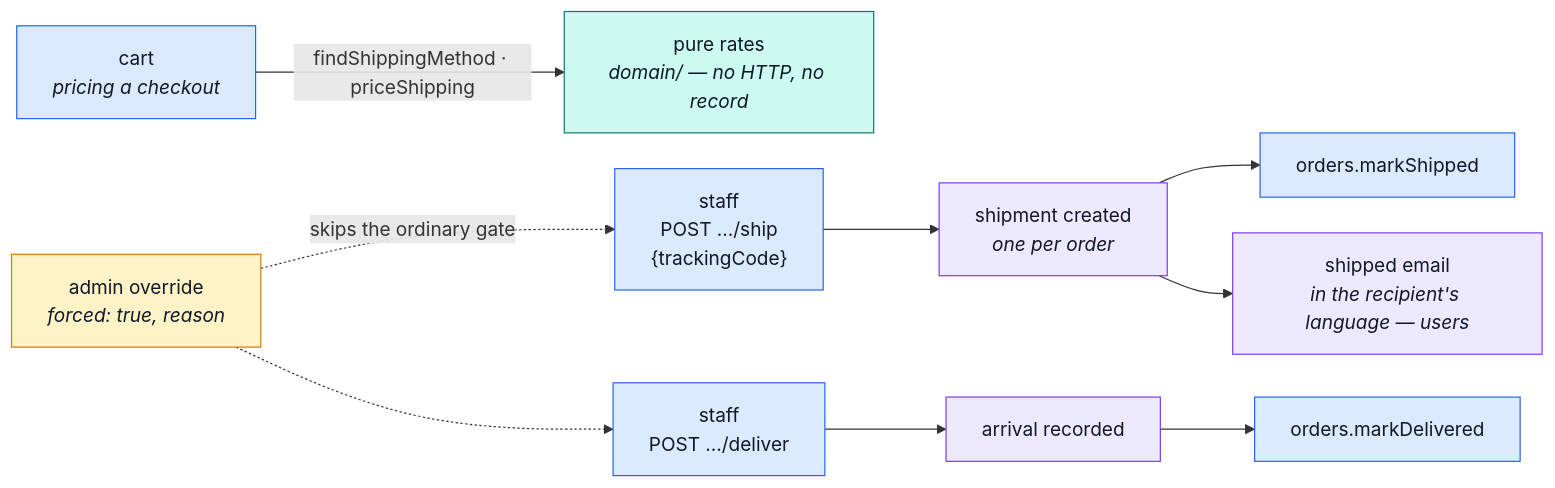
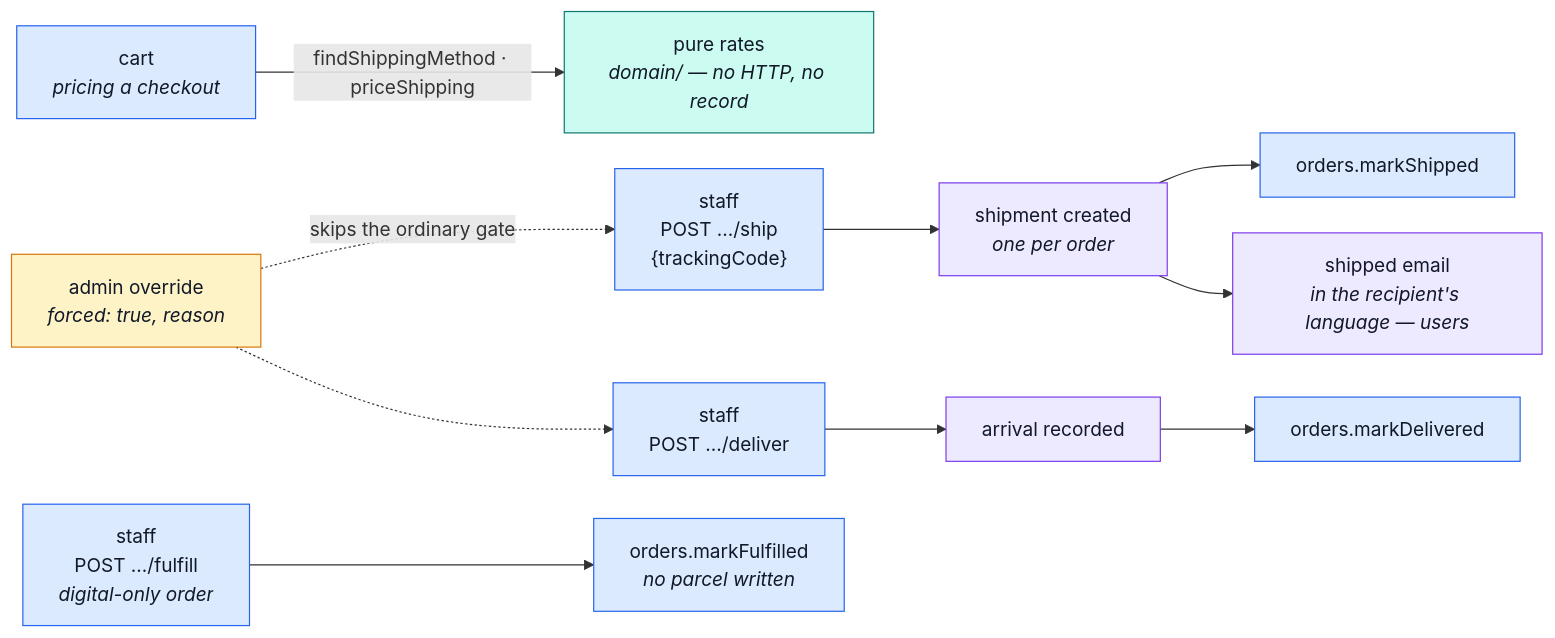
The second of 2 diagrams in docs/modules/delivery.md (Guebbit/boilerplate-node-backend), drawn with Mermaid before and after one commit. The commit also changed other lines of this file and 27 other files, not shown here.

First line of the commit message:
feat(orders,delivery): let staff mark a digital-only order fulfilled

````diff
--- a/docs/modules/delivery.md
+++ b/docs/modules/delivery.md
@@ -77,21 +77,22 @@
 ```mermaid
 %%{init: {'flowchart': {'nodeSpacing': 30, 'rankSpacing': 55}}}%%
 flowchart LR
     CA["cart<br/><i>pricing a checkout</i>"] -->|"findShippingMethod · priceShipping"| RA["pure rates<br/><i>domain/ — no HTTP, no record</i>"]
     S1["staff<br/>POST .../ship<br/>{trackingCode}"] --> SH["shipment created<br/><i>one per order</i>"]
     SH --> MS["orders.markShipped"]
     SH --> EM["shipped email<br/><i>in the recipient's language — users</i>"]
     S2["staff<br/>POST .../deliver"] --> DV["arrival recorded"]
     DV --> MD["orders.markDelivered"]
+    S3["staff<br/>POST .../fulfill<br/><i>digital-only order</i>"] --> MF["orders.markFulfilled<br/><i>no parcel written</i>"]
     OV["admin override<br/><i>forced: true, reason</i>"] -.->|"skips the ordinary gate"| S1
     OV -.-> S2
 
     classDef pure fill:#ccfbf1,stroke:#0f766e,color:#111827;
     classDef own fill:#ede9fe,stroke:#7c3aed,color:#111827;
     classDef peer fill:#dbeafe,stroke:#2563eb,color:#111827;
     classDef override fill:#fef3c7,stroke:#d97706,color:#111827;
     class RA pure;
     class SH,EM,DV own;
-    class CA,S1,S2,MS,MD peer;
+    class CA,S1,S2,S3,MS,MD,MF peer;
     class OV override;
 ```
````
